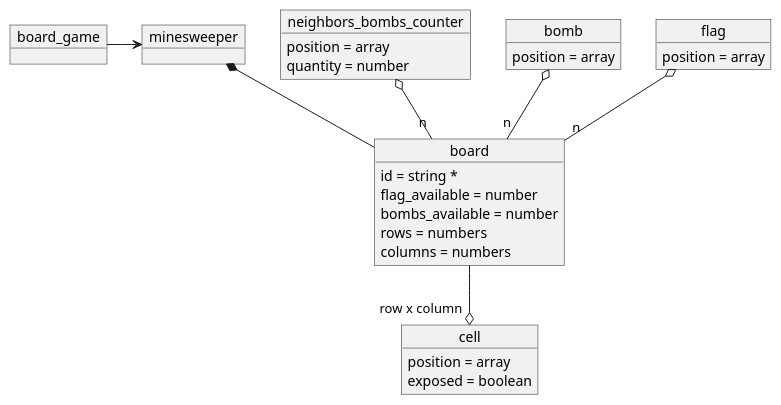
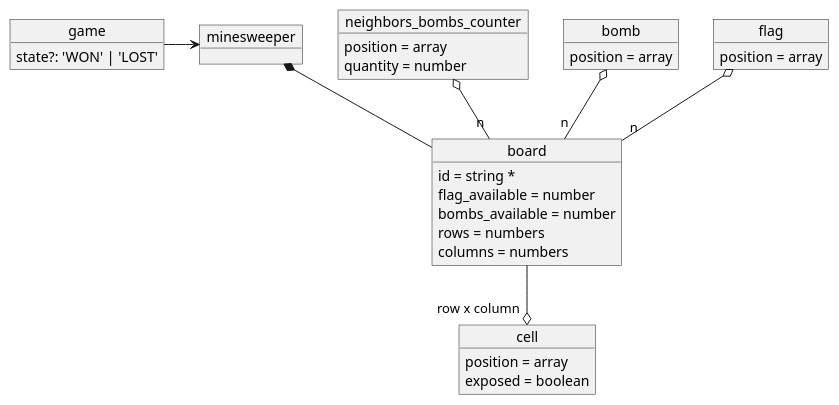
The diagram in domain.puml (Dylanflini/buscaminas-typescript), drawn with PlantUML before and after one commit. The commit also changed 14 other files, not shown here.

```diff
--- a/domain.puml
+++ b/domain.puml
@@ -1,47 +1,49 @@
-object board_game
+object game {
+  state?: 'WON' | 'LOST'
+}
 object minesweeper
 
 object board {
   id = string *
   flag_available = number
   bombs_available = number
   rows = numbers
   columns = numbers
   'game_timer = number
   'temporizador
 }
 
 object cell {
   position = array
   exposed = boolean
   ' withBomb = boolean
   ' flagged = boolean
   ' "cantidad bombas vecinas" = number*
 }
 
 ' inform quantity of bombs in each cell of the matrix related with their neighbors
 object neighbors_bombs_counter {
   position = array
   quantity = number
 }
 
 object bomb {
   position = array
 }
 
 object flag {
   position = array
 }
 
-board_game -> minesweeper
+game -> minesweeper
 minesweeper *-- board
 neighbors_bombs_counter o-- "n" board
 bomb o-- "n" board
 flag o-- "n" board
 
 board --o "row x column" cell
 
 
 ' Object03 *-- Object04
 ' Object05 o-- "4" Object06
 ' Object07 .. Object08 : some labels
```
